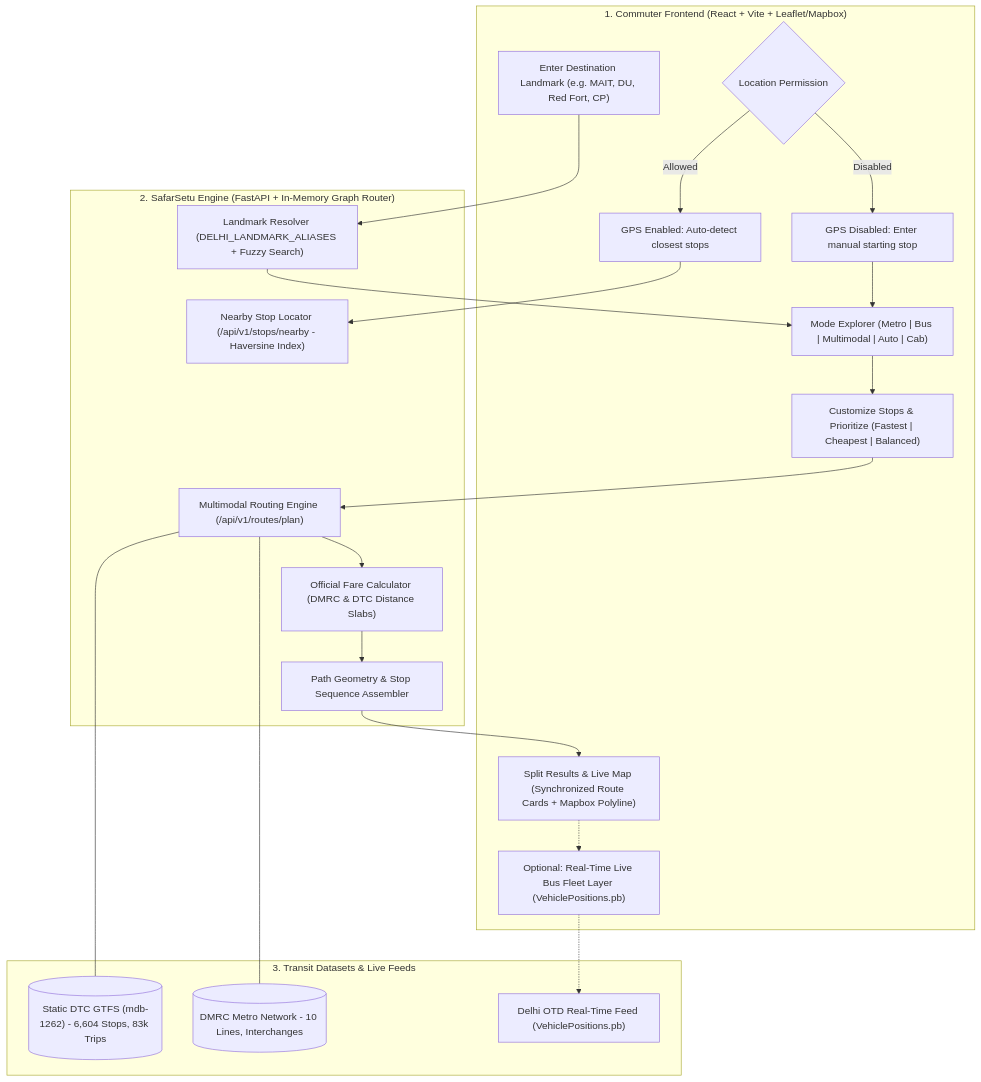
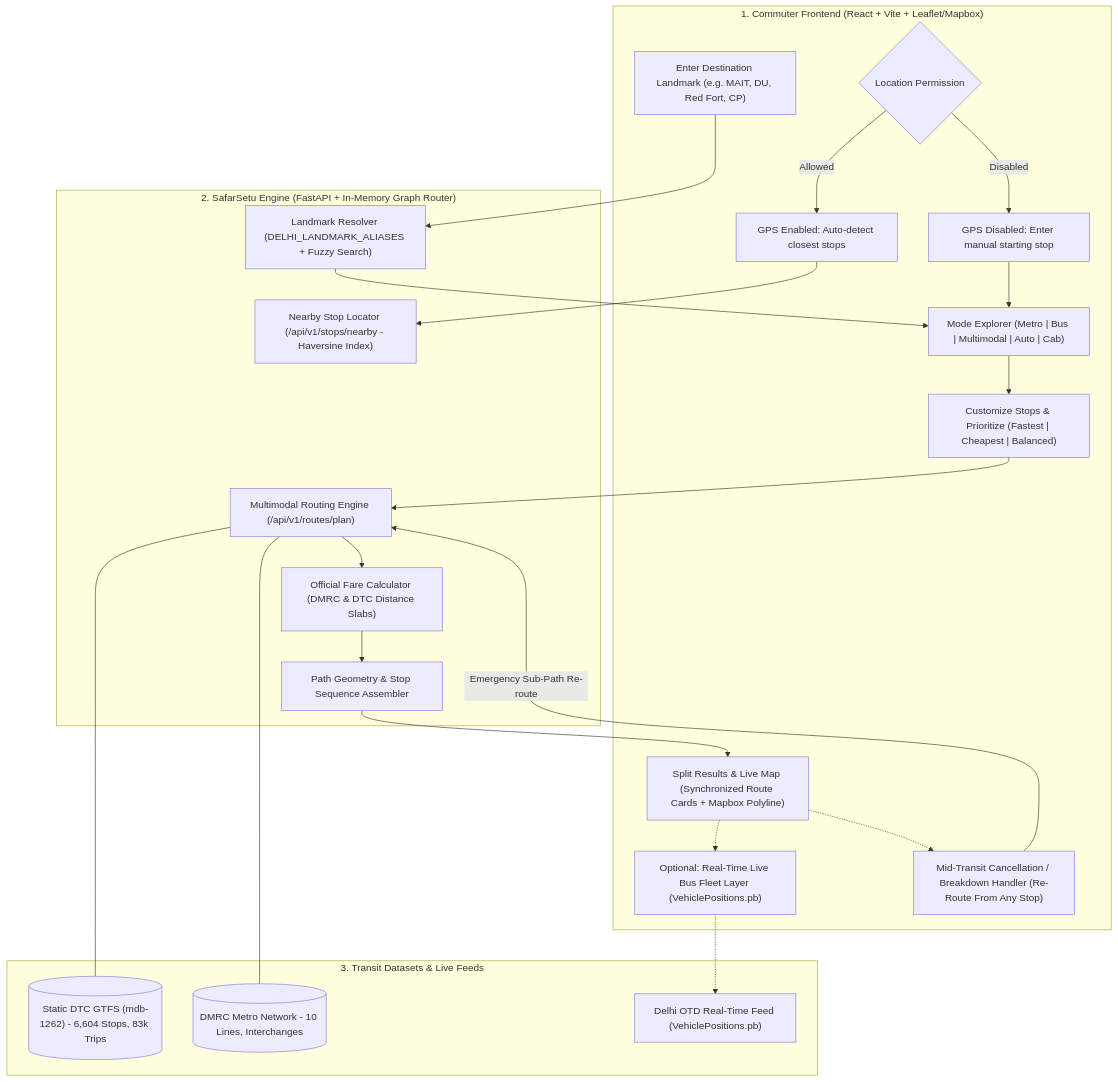
Before and after one commit to Abhishek-Gond-1387/SafarSetu: the diagram in README.md, drawn with Mermaid. The commit also changed 3 other files, not shown here.

````diff
--- a/README.md
+++ b/README.md
@@ -75,43 +75,46 @@
 ```mermaid
 flowchart TD
     subgraph UI ["1. Commuter Frontend (React + Vite + Leaflet/Mapbox)"]
         A["Enter Destination Landmark (e.g. MAIT, DU, Red Fort, CP)"]
         B{"Location Permission"}
         C["GPS Enabled: Auto-detect closest stops"]
         D["GPS Disabled: Enter manual starting stop"]
         E["Mode Explorer (Metro | Bus | Multimodal | Auto | Cab)"]
         F["Customize Stops & Prioritize (Fastest | Cheapest | Balanced)"]
         G["Split Results & Live Map (Synchronized Route Cards + Mapbox Polyline)"]
         H["Optional: Real-Time Live Bus Fleet Layer (VehiclePositions.pb)"]
+        Q["Mid-Transit Cancellation / Breakdown Handler (Re-Route From Any Stop)"]
     end
 
     subgraph Backend ["2. SafarSetu Engine (FastAPI + In-Memory Graph Router)"]
         I["Landmark Resolver (DELHI_LANDMARK_ALIASES + Fuzzy Search)"]
         J["Nearby Stop Locator (/api/v1/stops/nearby - Haversine Index)"]
         K["Multimodal Routing Engine (/api/v1/routes/plan)"]
         L["Official Fare Calculator (DMRC & DTC Distance Slabs)"]
         M["Path Geometry & Stop Sequence Assembler"]
     end
 
     subgraph Data ["3. Transit Datasets & Live Feeds"]
         N[("Static DTC GTFS (mdb-1262) - 6,604 Stops, 83k Trips")]
         O[("DMRC Metro Network - 10 Lines, Interchanges")]
         P["Delhi OTD Real-Time Feed (VehiclePositions.pb)"]
     end
 
     A --> I
     B -- "Allowed" --> C
     B -- "Disabled" --> D
     C --> J
     I --> E
     D --> E
     E --> F
     F --> K
     K --> L
     L --> M
     M --> G
     K --- N
     K --- O
     G -.-> H
     H -.-> P
+    G -.-> Q
+    Q -- "Emergency Sub-Path Re-route" --> K
 ```
````
